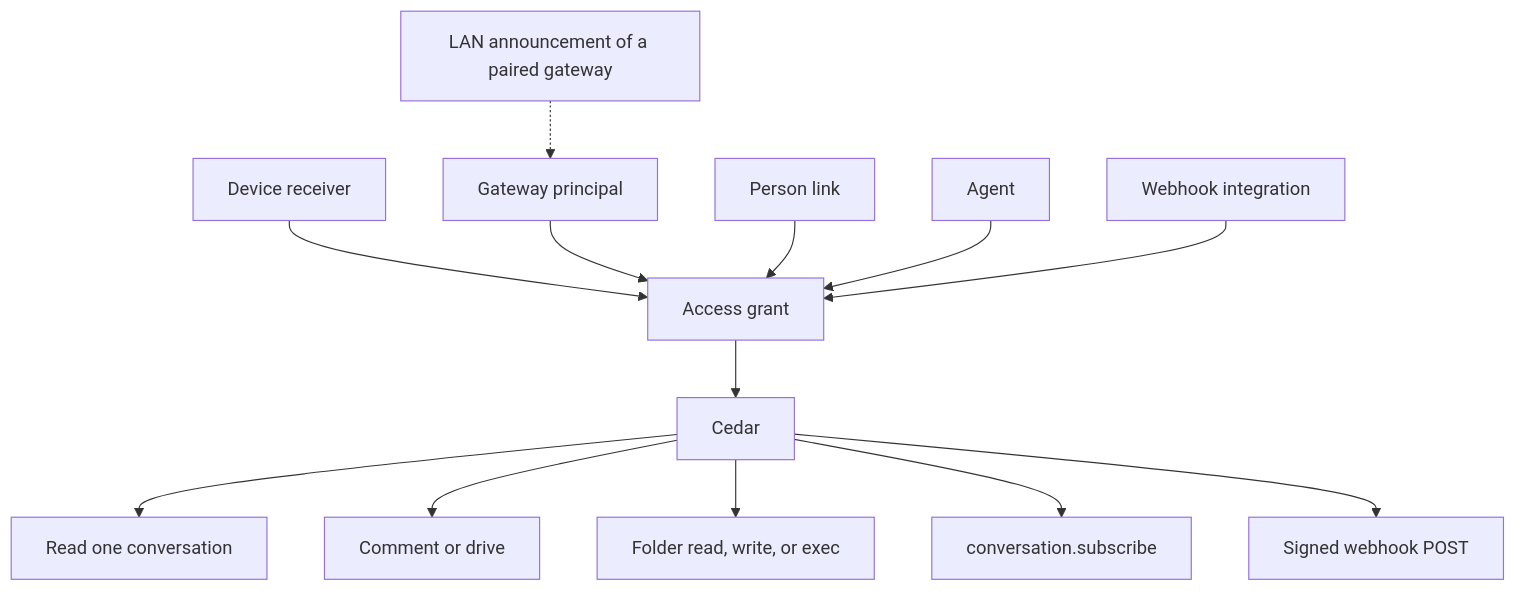
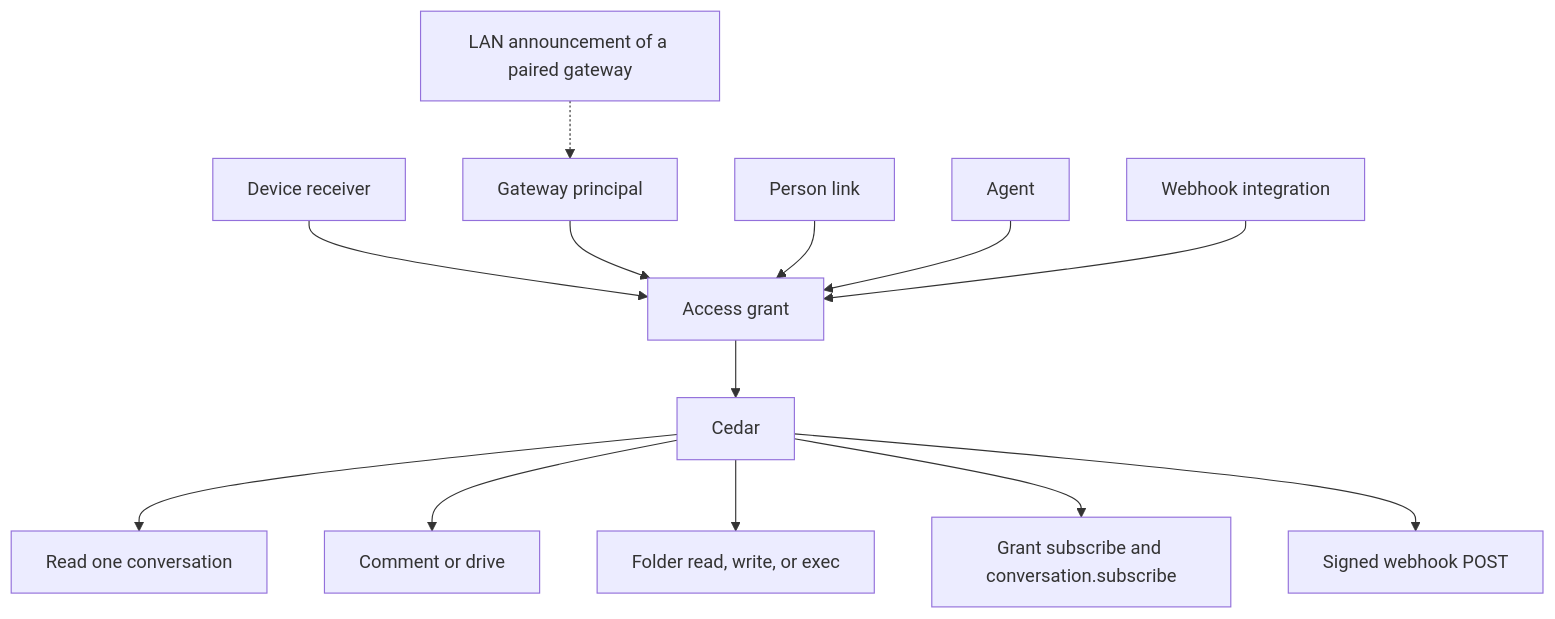
The first of 2 diagrams in docs/design/access-grants.md (nessalabs/nessa-agent), drawn with Mermaid before and after one commit. The commit also changed other lines of this file, not shown here.

First line of the commit message:
Push peer grant changes on a subscription, and rotate the LAN token

````diff
--- a/docs/design/access-grants.md
+++ b/docs/design/access-grants.md
@@ -42,22 +42,22 @@
 ```mermaid
 flowchart TD
   device[Device receiver]
   gateway[Gateway principal]
   person[Person link]
   agent[Agent]
   webhook[Webhook integration]
   grant[Access grant]
   cedar[Cedar]
   device --> grant
   gateway --> grant
   person --> grant
   agent --> grant
   webhook --> grant
   grant --> cedar
   cedar --> chatRead[Read one conversation]
   cedar --> chatWrite[Comment or drive]
   cedar --> folder[Folder read, write, or exec]
-  cedar --> live[conversation.subscribe]
+  cedar --> live[Grant subscribe and conversation.subscribe]
   cedar --> http[Signed webhook POST]
   lan[LAN announcement of a paired gateway] -.-> gateway
 ```
````
